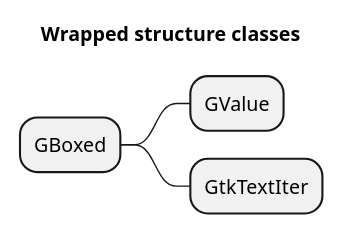
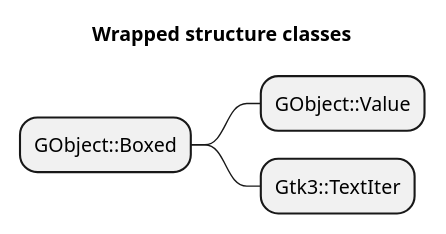
The fourth of 5 diagrams in doc/Design-docs/Design.md (MARTIMM/gnome-gtk3), drawn with PlantUML before and after one commit. The commit also changed other lines of this file, not shown here.

````diff
--- a/doc/Design-docs/Design.md
+++ b/doc/Design-docs/Design.md
@@ -110,10 +111,10 @@
 ```plantuml
 @startmindmap
 scale 0.7
 title Wrapped structure classes
-* GBoxed
- * GValue
- * GtkTextIter
+* GObject::Boxed
+ * GObject::Value
+ * Gtk3::TextIter
 
 @endmindmap
 ```
````
